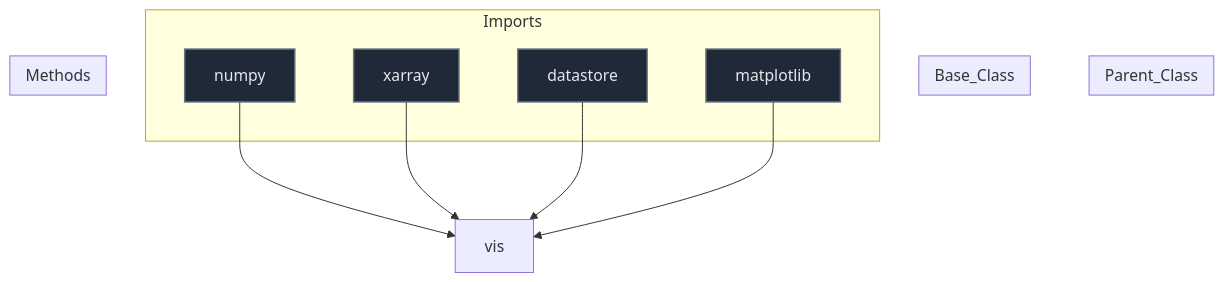
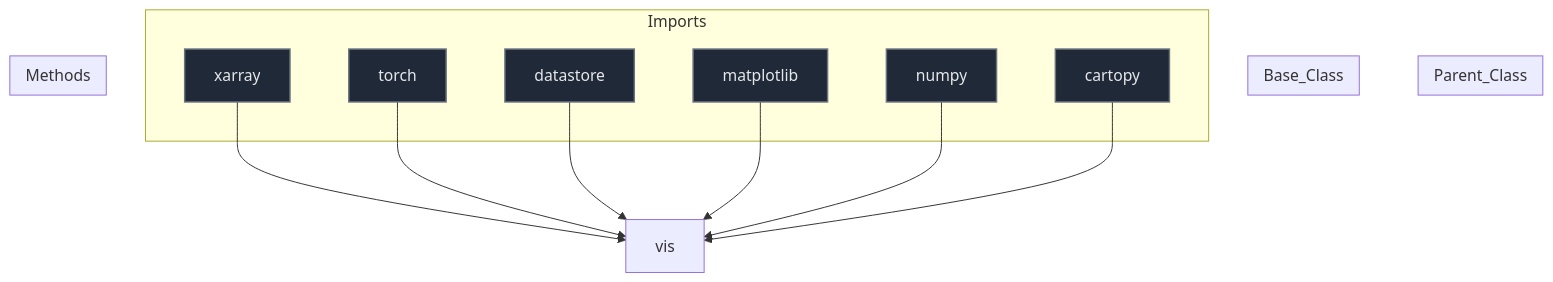
One commit to mllam/neural-lam changed the diagram in docs/diagrams/vis_diagram.md. Above: the diagram before and after it, drawn with Mermaid. The commit also changed 19 other files, not shown here.

Commit message:
Auto-update Mermaid diagrams

````diff
--- a/docs/diagrams/vis_diagram.md
+++ b/docs/diagrams/vis_diagram.md
@@ -1,37 +1,41 @@
 ```mermaid
 %%{init: {'flowchart': {'nodeSpacing': 60, 'rankSpacing': 80}}}%%
 flowchart TD
 
 module["vis"]
 
 subgraph Parent_Class
 end
 
 subgraph Base_Class
 end
 
 
 subgraph Imports
-    numpy["numpy"]
     xarray["xarray"]
+    torch["torch"]
     datastore["datastore"]
     matplotlib["matplotlib"]
+    numpy["numpy"]
+    cartopy["cartopy"]
 end
 
-    numpy --> module
     xarray --> module
+    torch --> module
     datastore --> module
     matplotlib --> module
+    numpy --> module
+    cartopy --> module
 
 subgraph Methods
 end
 
 
 classDef parent fill:#0f172a,stroke:#3b82f6,stroke-width:2px,color:#f1f5f9,font-size:16px
 classDef base fill:#78350f,stroke:#f59e0b,stroke-width:1px,color:#fde68a,font-size:16px
 classDef import fill:#1f2937,stroke:#6b7280,stroke-width:1.5px,color:#e5e7eb,font-size:16px
 classDef method fill:#2d043f,stroke:#7c3aed,stroke-width:1.5px,color:#ede9fe,font-size:16px
 classDef callNode fill:#064e3b,stroke:#10b981,stroke-width:1.5px,color:#d1fae5,font-size:16px
-class numpy,xarray,datastore,matplotlib import
+class xarray,torch,datastore,matplotlib,numpy,cartopy import
 
 ```
````
